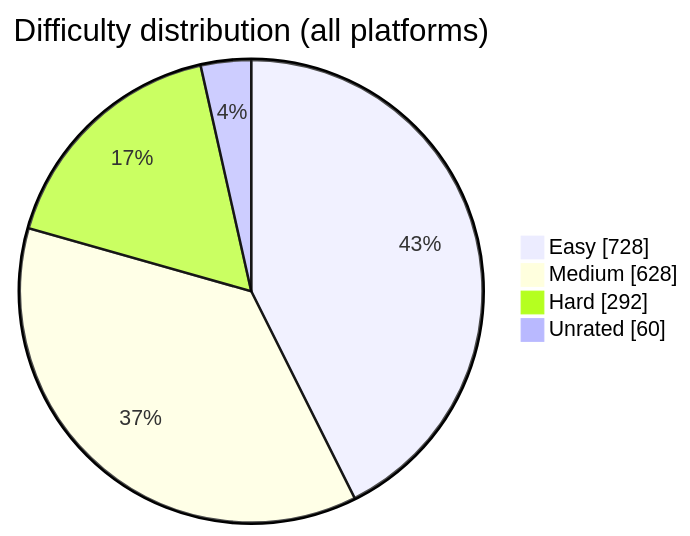
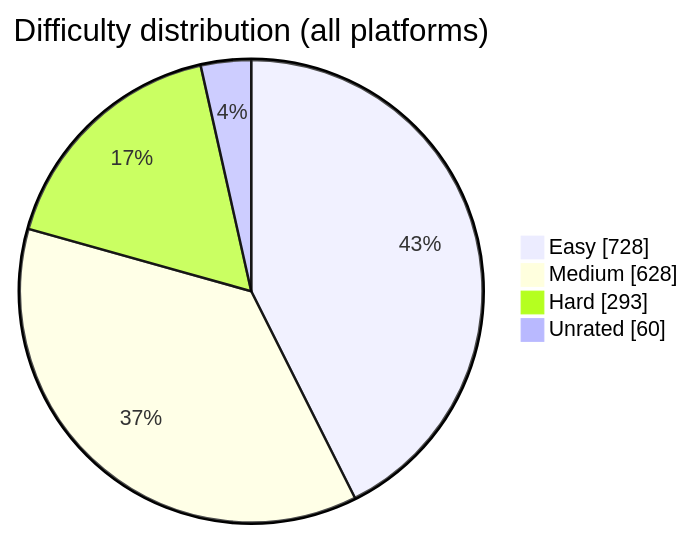
Before and after one commit to BuildbyArindam/Daily-Coding-Log: the diagram in README.md, drawn with Mermaid. The commit also changed other lines of this file, not shown here.

````diff
--- a/README.md
+++ b/README.md
@@ -93,7 +93,7 @@
 ```mermaid
 pie showData title Difficulty distribution (all platforms)
     "Easy" : 728
     "Medium" : 628
-    "Hard" : 292
+    "Hard" : 293
     "Unrated" : 60
 ```
````
